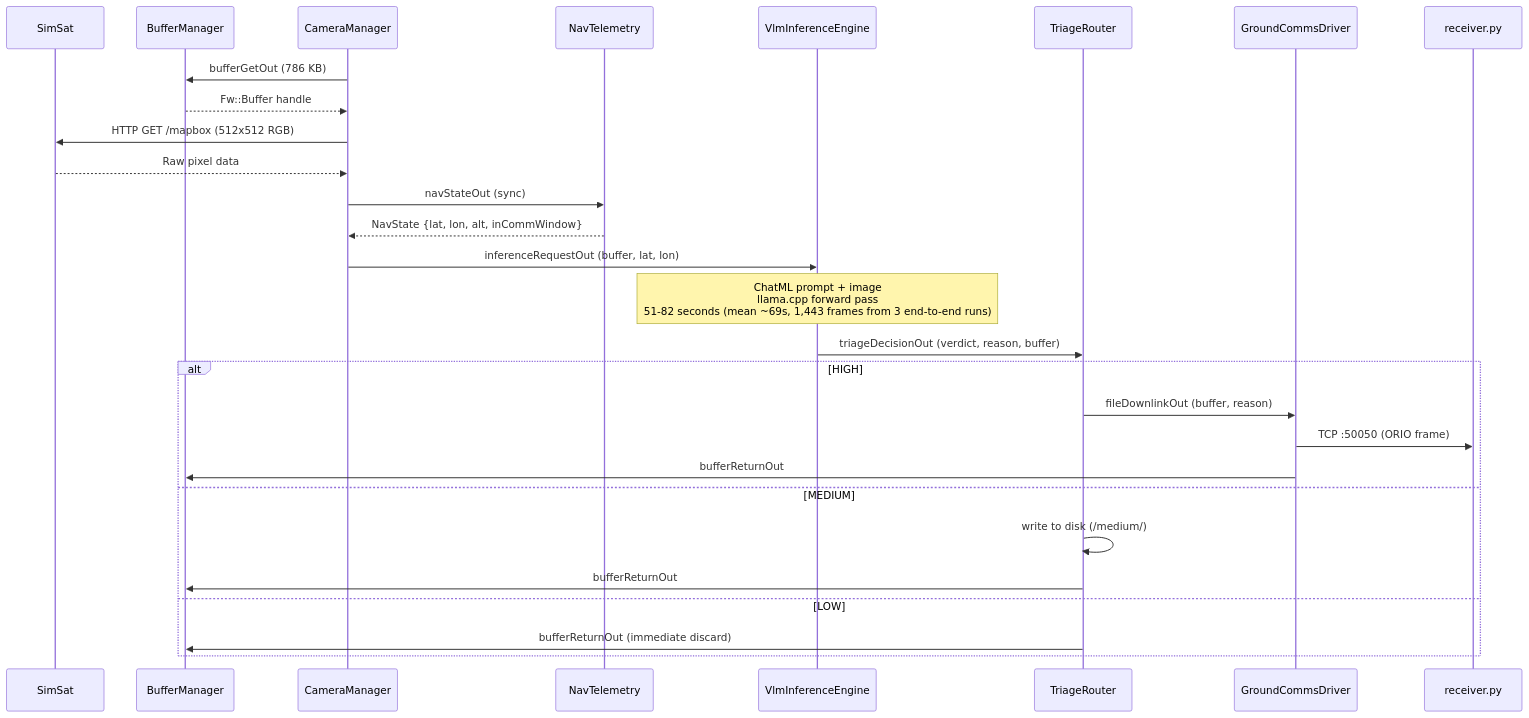
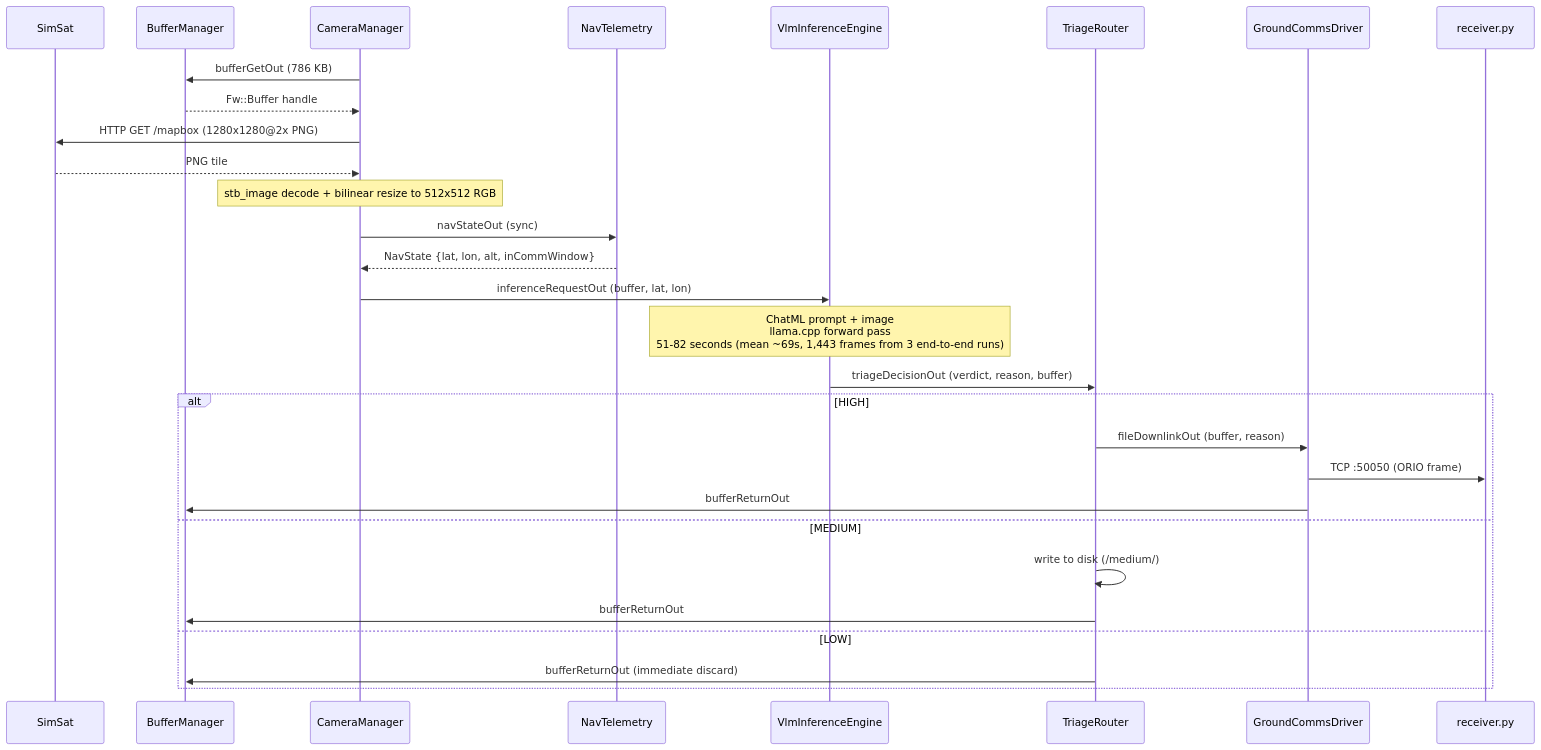
One commit to Saransh-cpp/ORION changed the first of 3 diagrams in docs/architecture/data-flow.md. Above: the diagram before and after it, drawn with Mermaid. The commit also changed other lines of this file and 5 other files, not shown here.

````diff
--- a/docs/architecture/data-flow.md
+++ b/docs/architecture/data-flow.md
@@ -7,34 +7,35 @@
 ```mermaid
 sequenceDiagram
     participant SS as SimSat
     participant BM as BufferManager
     participant CM as CameraManager
     participant NT as NavTelemetry
     participant VLM as VlmInferenceEngine
     participant TR as TriageRouter
     participant GCD as GroundCommsDriver
     participant RX as receiver.py
 
     CM->>BM: bufferGetOut (786 KB)
     BM-->>CM: Fw::Buffer handle
-    CM->>SS: HTTP GET /mapbox (512x512 RGB)
-    SS-->>CM: Raw pixel data
+    CM->>SS: HTTP GET /mapbox (1280x1280@2x PNG)
+    SS-->>CM: PNG tile
+    Note over CM: stb_image decode + bilinear resize to 512x512 RGB
     CM->>NT: navStateOut (sync)
     NT-->>CM: NavState {lat, lon, alt, inCommWindow}
     CM->>VLM: inferenceRequestOut (buffer, lat, lon)
 
     Note over VLM: ChatML prompt + image<br/>llama.cpp forward pass<br/>51-82 seconds (mean ~69s, 1,443 frames from 3 end-to-end runs)
 
     VLM->>TR: triageDecisionOut (verdict, reason, buffer)
 
     alt HIGH
         TR->>GCD: fileDownlinkOut (buffer, reason)
         GCD->>RX: TCP :50050 (ORIO frame)
         GCD->>BM: bufferReturnOut
     else MEDIUM
         TR->>TR: write to disk (/medium/)
         TR->>BM: bufferReturnOut
     else LOW
         TR->>BM: bufferReturnOut (immediate discard)
     end
 ```
````
